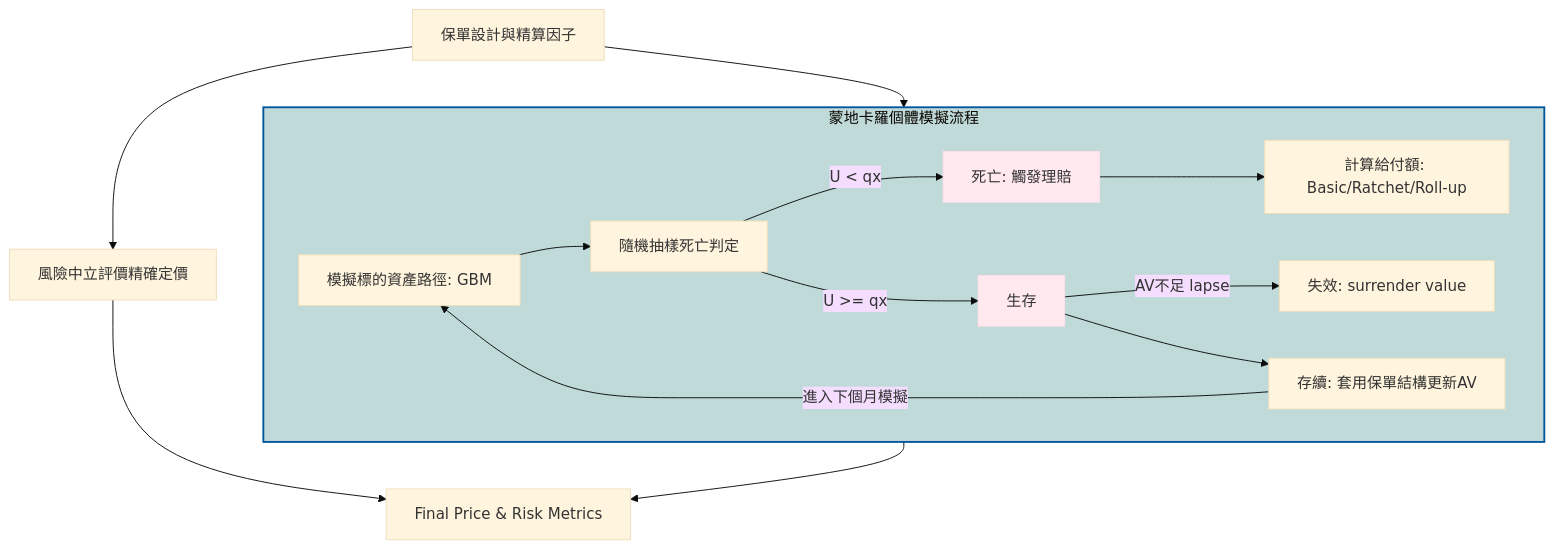
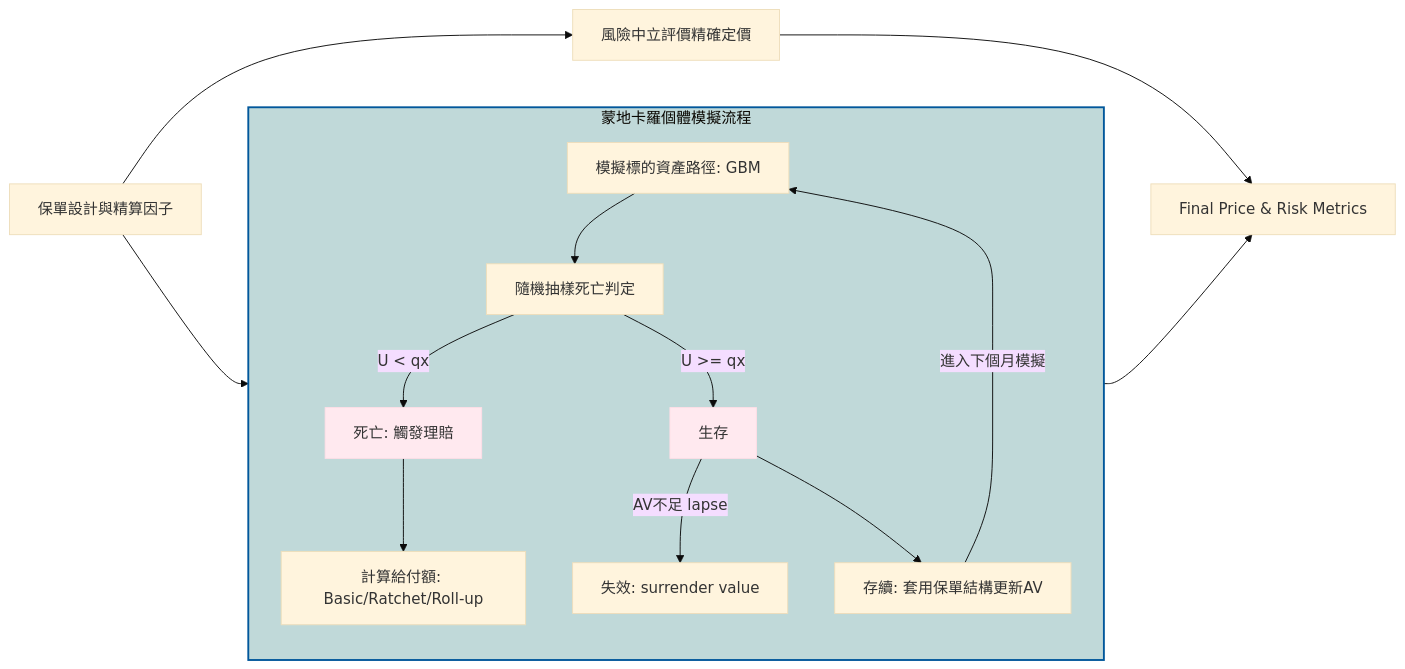
The second of 2 diagrams in README.md (Kai-Yun-Chang/--Simulation-Python), drawn with Mermaid (base theme) before and after one commit.

````diff
--- a/README.md
+++ b/README.md
@@ -51,24 +51,24 @@
 ```mermaid
-graph TD
+graph LR
     %% 主流程
     Input[保單設計與精算因子] --> Risk-neutral[風險中立評價精確定價]
     Input[保單設計與精算因子] --> Simulation[蒙地卡羅模擬流程]
     Simulation --> Result[Final Price & Risk Metrics]
     Risk-neutral --> Result[Final Price & Risk Metrics]
 
     %% 蒙地卡羅詳細步驟 (子圖)
     subgraph Simulation [蒙地卡羅個體模擬流程]
         S1[模擬標的資產路徑: GBM] --> S2[隨機抽樣死亡判定]
         S2 -->|U < qx| Dead[死亡: 觸發理賠]
         S2 -->|U >= qx| Alive[生存]
         Alive --> |AV不足 lapse| Lapse[失效: surrender value]
         Alive --> S4[存續: 套用保單結構更新AV]
         Dead --> S3[計算給付額: Basic/Ratchet/Roll-up]
         
         S4 -->|進入下個月模擬| S1
     end
 
     style Dead fill:#ffe9ef,stroke:#ffdee7
     style Alive fill:#ffe9ef,stroke:#ffdee7
     style Simulation fill:#c0d9d9,stroke:#01579b,stroke-width:2px
 ```
````
